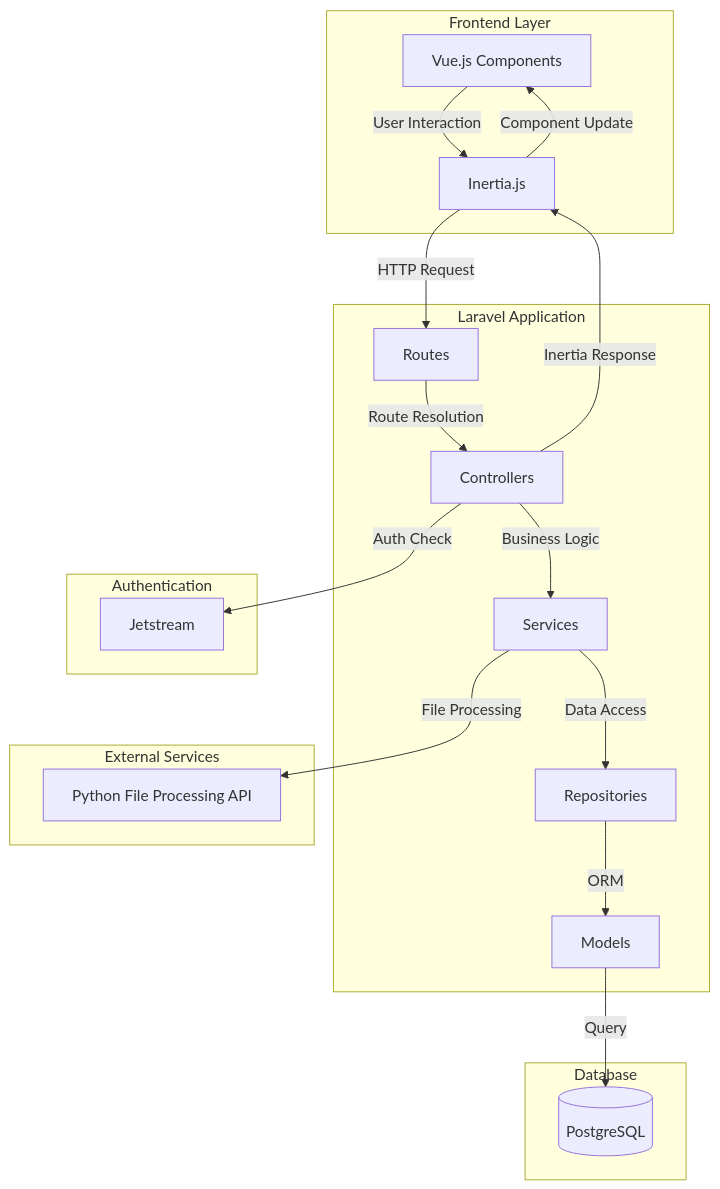
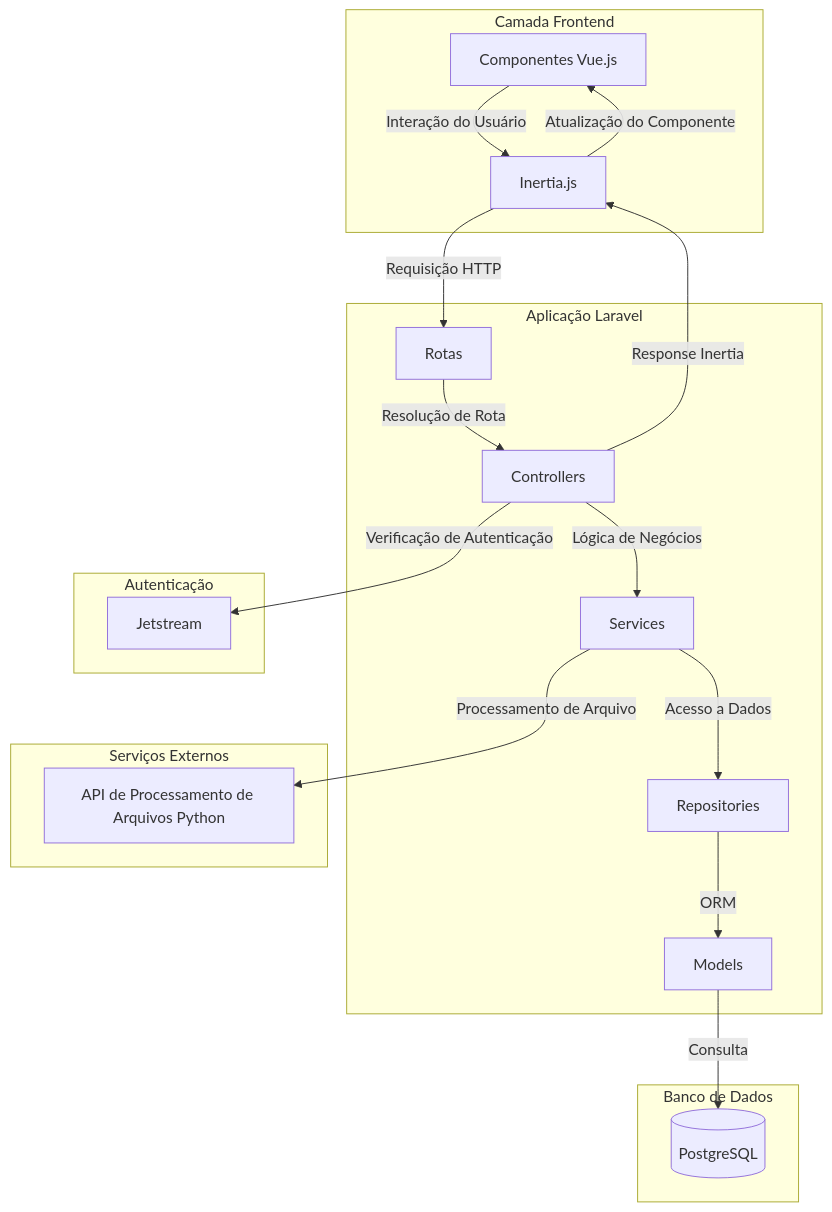
The first of 3 diagrams in docs/doc _arquitetura.md (GrupoMyWallet/my-wallet-app), drawn with Mermaid before and after one commit. The commit also changed other lines of this file and 3 other files, not shown here.

````diff
--- a/docs/doc _arquitetura.md
+++ b/docs/doc _arquitetura.md
@@ -505,39 +520,39 @@
 ```mermaid
 graph TB
-    subgraph "Frontend Layer"
-        A[Vue.js Components]
+    subgraph "Camada Frontend"
+        A[Componentes Vue.js]
         B[Inertia.js]
     end
     
-    subgraph "Laravel Application"
-        C[Routes]
+    subgraph "Aplicação Laravel"
+        C[Rotas]
         D[Controllers]
         E[Services]
         F[Repositories]
         G[Models]
     end
     
-    subgraph "External Services"
-        H[Python File Processing API]
+    subgraph "Serviços Externos"
+        H[API de Processamento de Arquivos Python]
     end
     
-    subgraph "Database"
+    subgraph "Banco de Dados"
         I[(PostgreSQL)]
     end
     
-    subgraph "Authentication"
+    subgraph "Autenticação"
         J[Jetstream]
     end
     
-    A -->|User Interaction| B
-    B -->|HTTP Request| C
-    C -->|Route Resolution| D
-    D -->|Business Logic| E
-    E -->|Data Access| F
+    A -->|Interação do Usuário| B
+    B -->|Requisição HTTP| C
+    C -->|Resolução de Rota| D
+    D -->|Lógica de Negócios| E
+    E -->|Acesso a Dados| F
     F -->|ORM| G
-    G -->|Query| I
-    E -->|File Processing| H
-    D -->|Auth Check| J
-    D -->|Inertia Response| B
-    B -->|Component Update| A
+    G -->|Consulta| I
+    E -->|Processamento de Arquivo| H
+    D -->|Verificação de Autenticação| J
+    D -->|Response Inertia| B
+    B -->|Atualização do Componente| A
 ```
````
